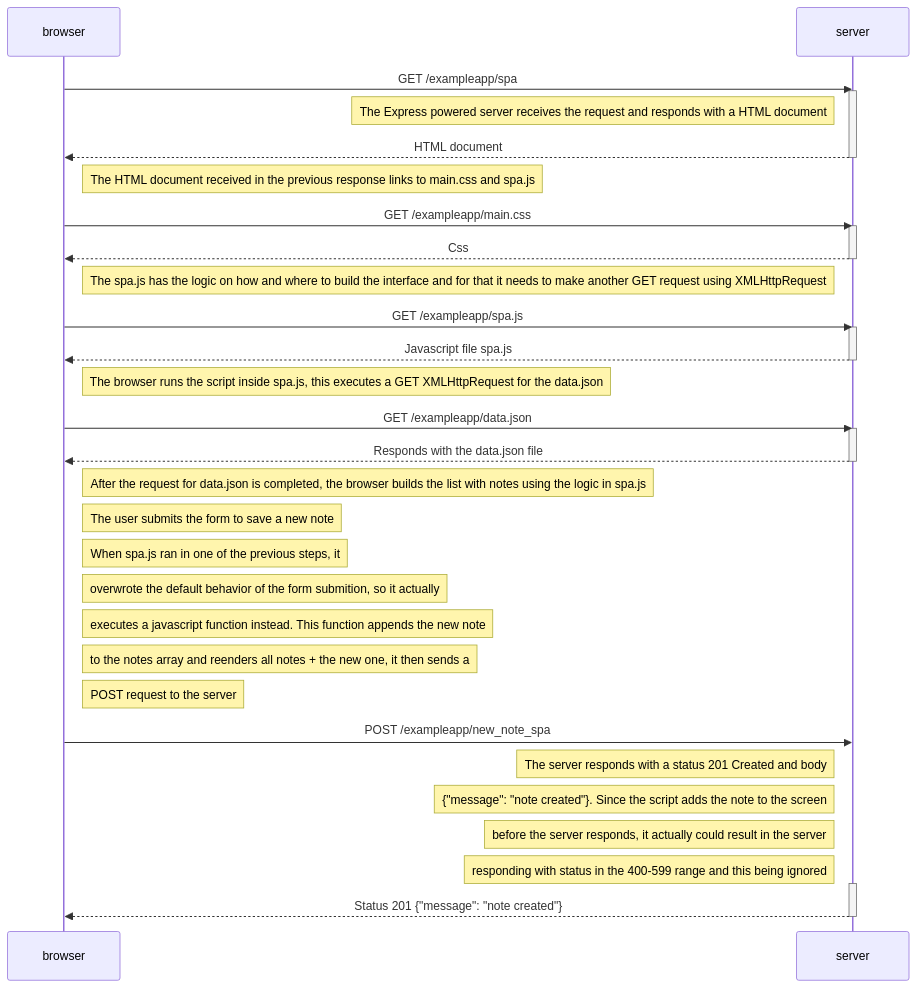
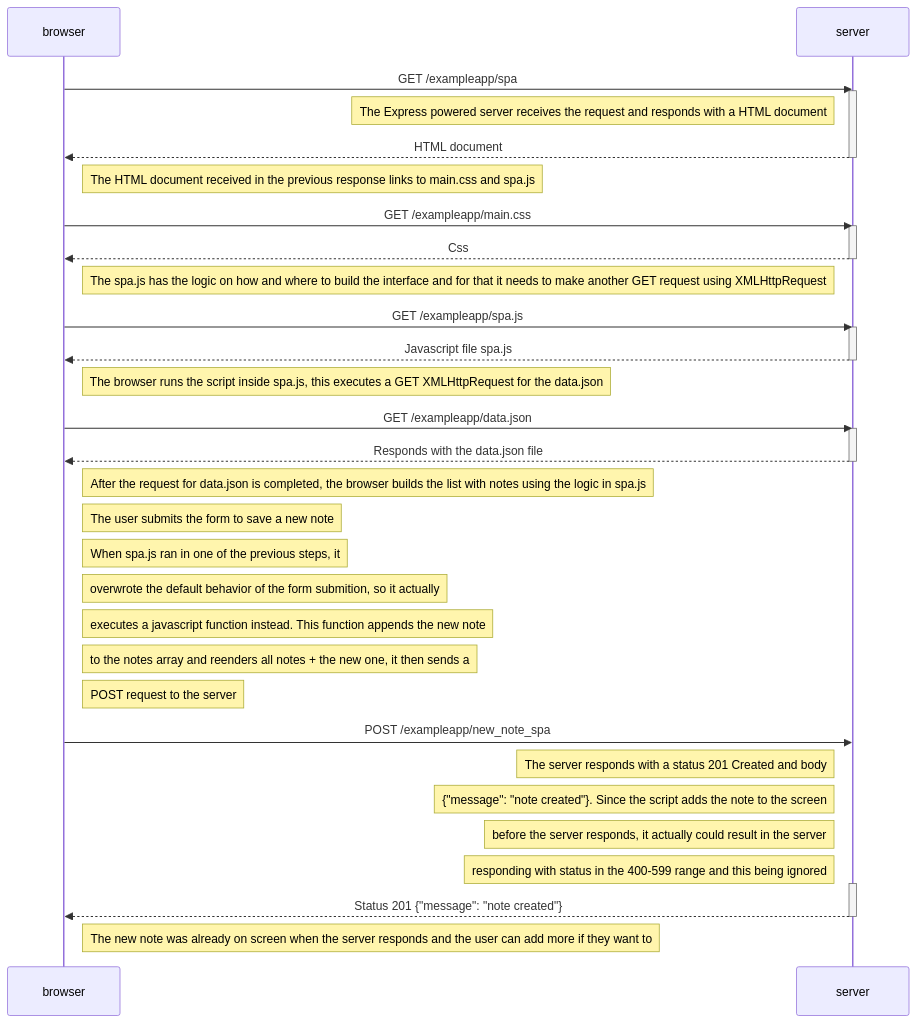
One commit to duartqx/helsinki changed the diagram in fullstack/part0/0-6.md. Above: the diagram before and after it, drawn with Mermaid.

Commit message:
fullstack 0-6

````diff
--- a/fullstack/part0/0-6.md
+++ b/fullstack/part0/0-6.md
@@ -9,50 +9,51 @@
 ```mermaid
 sequenceDiagram
     participant browser
     participant server
 
     browser->>server: GET /exampleapp/spa
 
     activate server
     Note left of server: The Express powered server receives the request and responds with a HTML document
     server-->>browser: HTML document
     deactivate server
 
     Note right of browser: The HTML document received in the previous response links to main.css and spa.js
     browser->>server: GET /exampleapp/main.css
     activate server
     server-->>browser: Css
     deactivate server
 
     Note right of browser: The spa.js has the logic on how and where to build the interface and for that it needs to make another GET request using XMLHttpRequest
     browser->>server: GET /exampleapp/spa.js
     activate server
     server-->>browser: Javascript file spa.js
     deactivate server
 
     Note right of browser: The browser runs the script inside spa.js, this executes a GET XMLHttpRequest for the data.json
     browser->>server: GET /exampleapp/data.json
     activate server
     server-->>browser: Responds with the data.json file
     deactivate server
 
     Note right of browser: After the request for data.json is completed, the browser builds the list with notes using the logic in spa.js
 
     Note right of browser: The user submits the form to save a new note
 
     Note right of browser: When spa.js ran in one of the previous steps, it
     Note right of browser: overwrote the default behavior of the form submition, so it actually
     Note right of browser: executes a javascript function instead. This function appends the new note
     Note right of browser: to the notes array and reenders all notes + the new one, it then sends a
     Note right of browser: POST request to the server
 
     browser->>server: POST /exampleapp/new_note_spa
     Note left of server: The server responds with a status 201 Created and body
     Note left of server: {"message": "note created"}. Since the script adds the note to the screen
     Note left of server: before the server responds, it actually could result in the server
     Note left of server: responding with status in the 400-599 range and this being ignored
     activate server
     server-->>browser: Status 201 {"message": "note created"}
     deactivate server
 
+    Note right of browser: The new note was already on screen when the server responds and the user can add more if they want to
 ```
````
